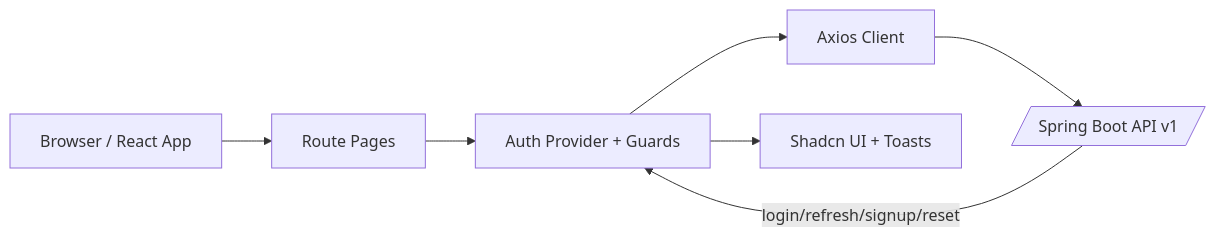
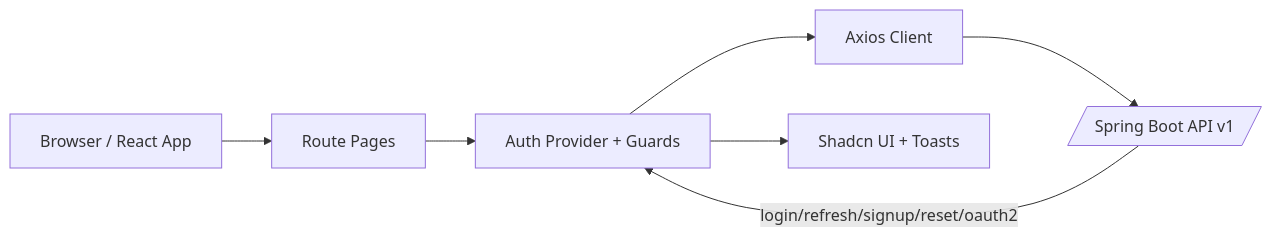
Before and after one commit to RK-625/auth-app-frontend: the diagram in README.md, drawn with Mermaid. The commit also changed other lines of this file and 1 other file, not shown here.

First line of the commit message:
docs: revamp README with OAuth2 and better styling

````diff
--- a/README.md
+++ b/README.md
@@ -52,9 +65,9 @@
 ```mermaid
 flowchart LR
   Browser[Browser / React App] --> Routes[Route Pages]
   Routes --> AuthProvider[Auth Provider + Guards]
   AuthProvider --> Axios[Axios Client]
   Axios --> API[/Spring Boot API v1/]
-  API -->|login/refresh/signup/reset| AuthProvider
+  API -->|login/refresh/signup/reset/oauth2| AuthProvider
   AuthProvider --> UI[Shadcn UI + Toasts]
 ```
````
